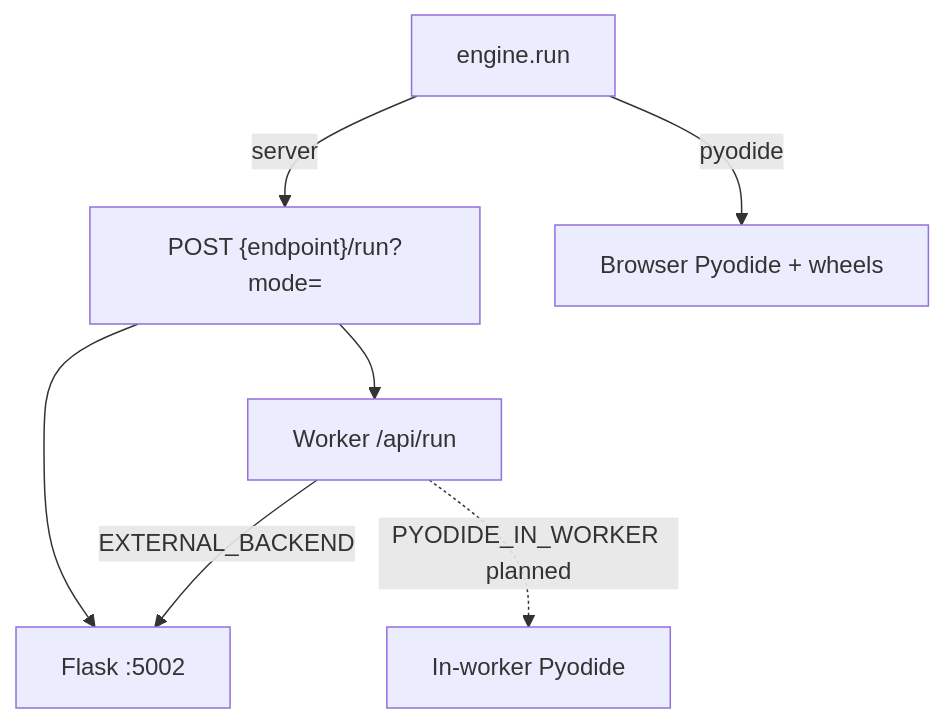
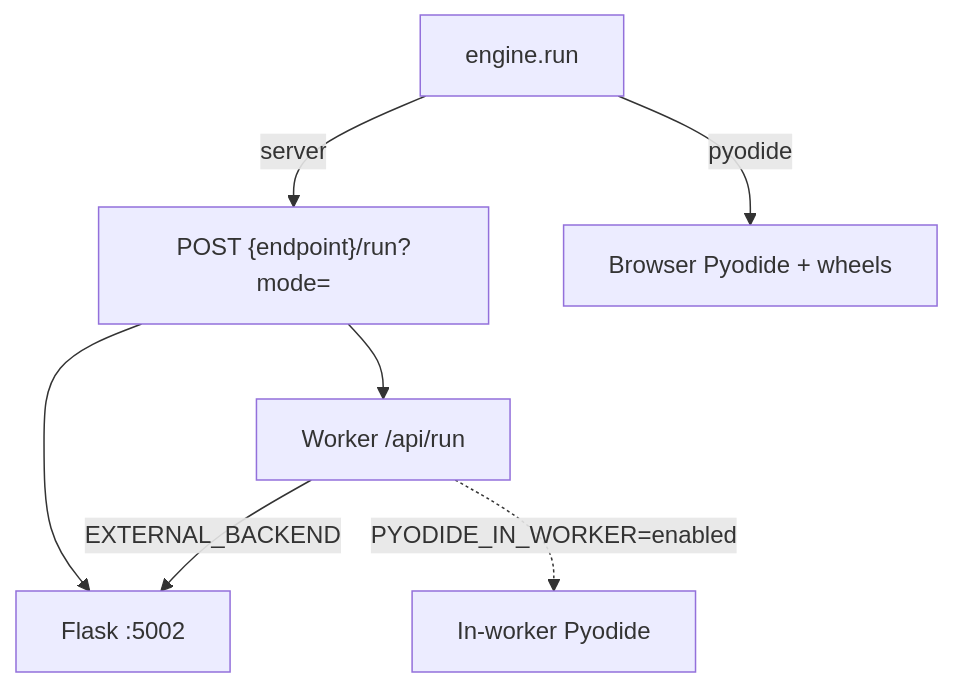
The diagram in docs/plugins/engines.mdx (hoox-sh/axis), drawn with Mermaid before and after one commit. The commit also changed other lines of this file and 39 other files, not shown here.

````diff
--- a/docs/plugins/engines.mdx
+++ b/docs/plugins/engines.mdx
@@ -41,10 +41,10 @@
 ```mermaid
 flowchart TB
   RUN[engine.run]
   RUN -->|server| HTTP["POST {endpoint}/run?mode="]
   HTTP --> FLASK[Flask :5002]
   HTTP --> WRK[Worker /api/run]
   WRK -->|EXTERNAL_BACKEND| FLASK
-  WRK -.->|PYODIDE_IN_WORKER planned| EDGE[In-worker Pyodide]
+  WRK -.->|PYODIDE_IN_WORKER=enabled| EDGE[In-worker Pyodide]
   RUN -->|pyodide| WASM[Browser Pyodide + wheels]
 ```
````
